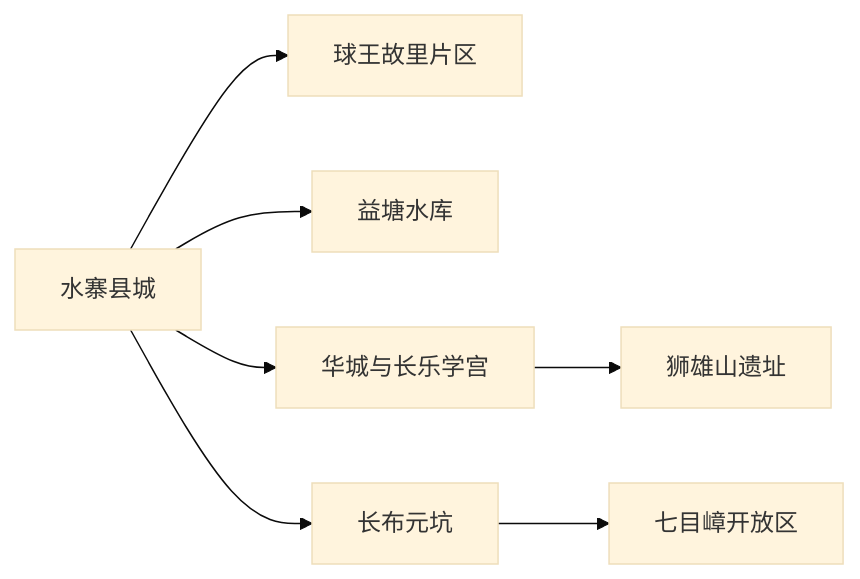
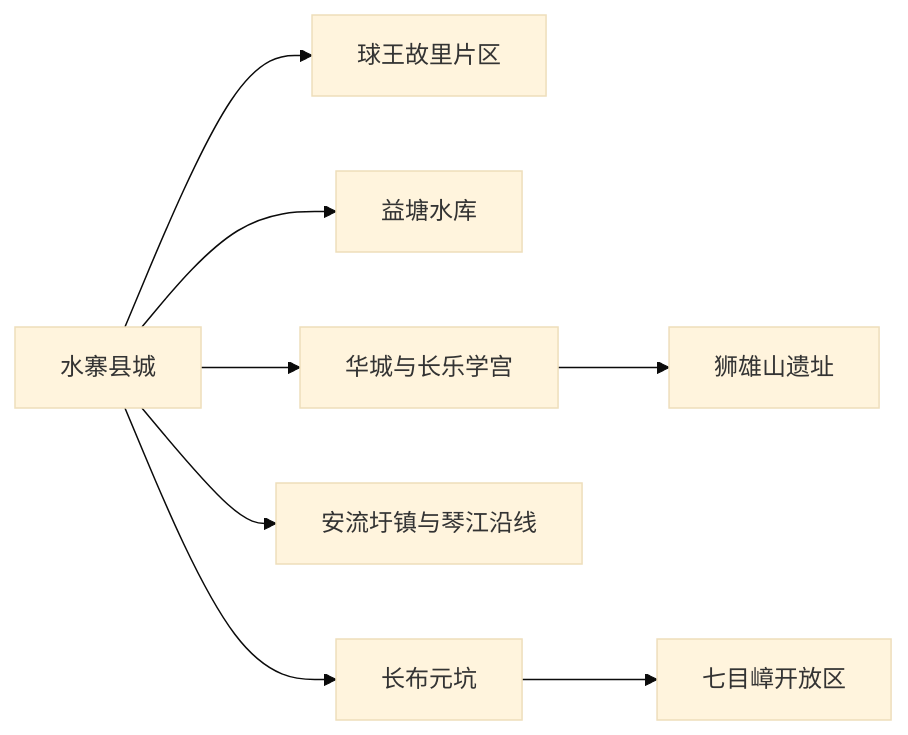
Before and after one commit to cyrilggg/travel-database: the first of 2 diagrams in destinations/中国/广东省/五华县.md, drawn with Mermaid (base theme). The commit also changed other lines of this file and 12 other files, not shown here.

````diff
--- a/destinations/中国/广东省/五华县.md
+++ b/destinations/中国/广东省/五华县.md
@@ -32,9 +32,10 @@
 ```mermaid
 flowchart LR
  A[水寨县城] --> B[球王故里片区]
  A --> C[益塘水库]
  A --> D[华城与长乐学宫]
  D --> E[狮雄山遗址]
+ A --> H[安流圩镇与琴江沿线]
  A --> F[长布元坑]
  F --> G[七目嶂开放区]
 ```
````
